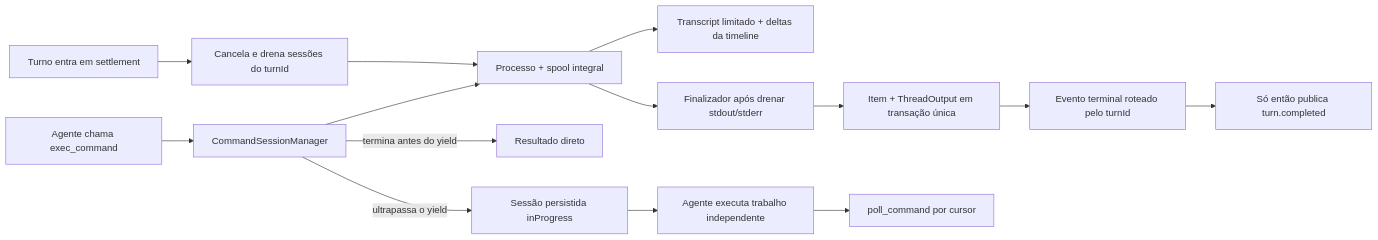
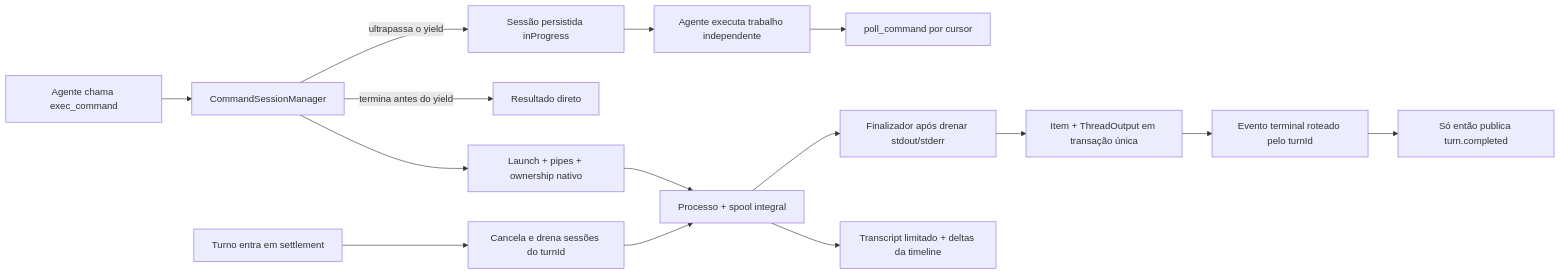
Before and after one commit to BRUN0R2/codex-app: the second of 2 diagrams in docs/ARCHITECTURE.md, drawn with Mermaid. The commit also changed other lines of this file and 7 other files, not shown here.

````diff
--- a/docs/ARCHITECTURE.md
+++ b/docs/ARCHITECTURE.md
@@ -94,16 +103,17 @@
 ```mermaid
 flowchart LR
     Agent["Agente chama exec_command"] --> Manager["CommandSessionManager"]
-    Manager --> Process["Processo + spool integral"]
+    Manager --> Launch["Launch + pipes + ownership nativo"]
+    Launch --> Process["Processo + spool integral"]
     Process --> Transcript["Transcript limitado + deltas da timeline"]
     Manager -->|termina antes do yield| Result["Resultado direto"]
     Manager -->|ultrapassa o yield| Session["Sessão persistida inProgress"]
     Session --> Work["Agente executa trabalho independente"]
     Work --> Poll["poll_command por cursor"]
     Turn["Turno entra em settlement"] --> Close["Cancela e drena sessões do turnId"]
     Close --> Process
     Process --> Finalizer["Finalizador após drenar stdout/stderr"]
     Finalizer --> Transaction["Item + ThreadOutput em transação única"]
     Transaction --> Event["Evento terminal roteado pelo turnId"]
     Event --> TurnEvent["Só então publica turn.completed"]
 ```
````
